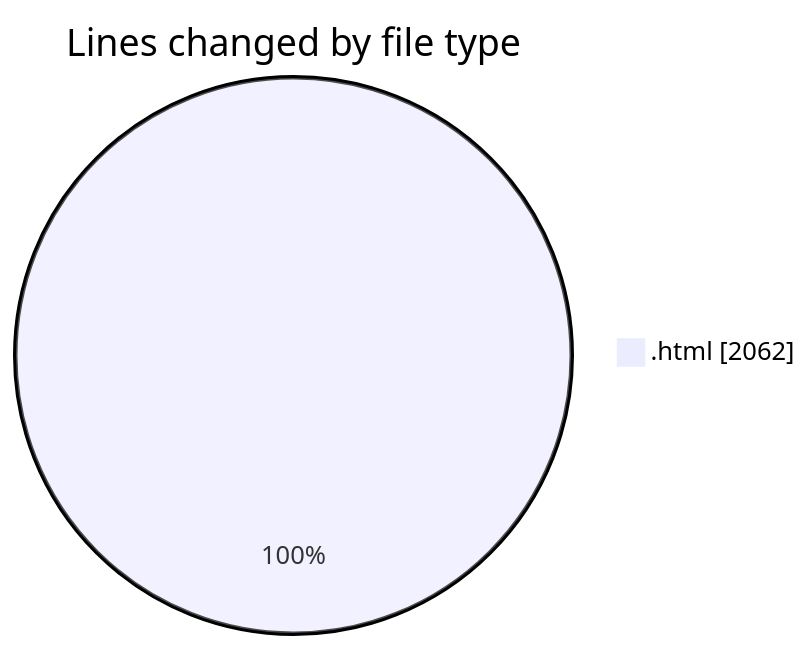
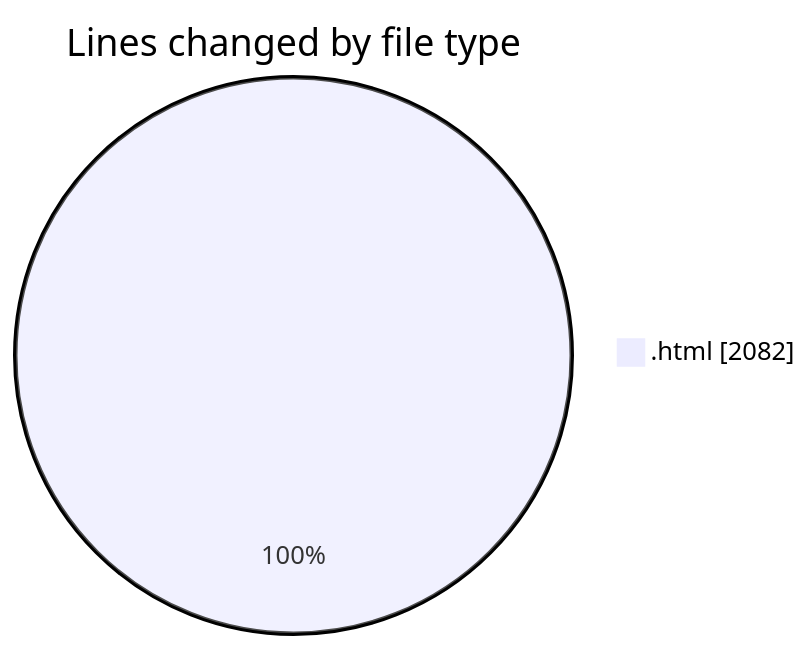
One commit to LanceThiago/code-tracking changed the first of 2 diagrams in 2025-04-28/enre_-_calculadora_de_consumo_v_2022_files/README.md. Above: the diagram before and after it, drawn with Mermaid. The commit also changed other lines of this file and 1 other file, not shown here.

````diff
--- a/2025-04-28/enre_-_calculadora_de_consumo_v_2022_files/README.md
+++ b/2025-04-28/enre_-_calculadora_de_consumo_v_2022_files/README.md
@@ -20,5 +20,5 @@
 ```mermaid
 pie showData
 title Lines changed by file type
-".html" : 2062
+".html" : 2082
 ```
````
